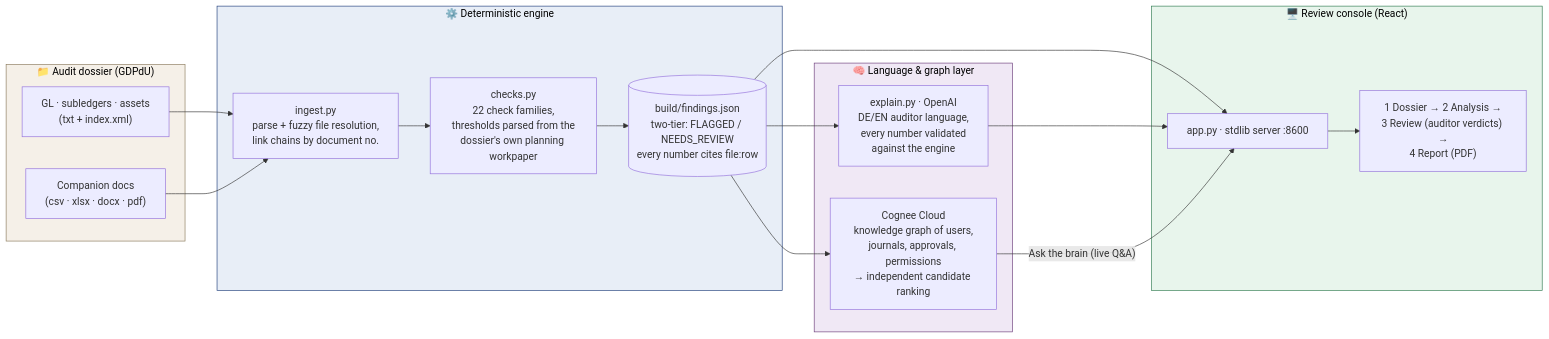
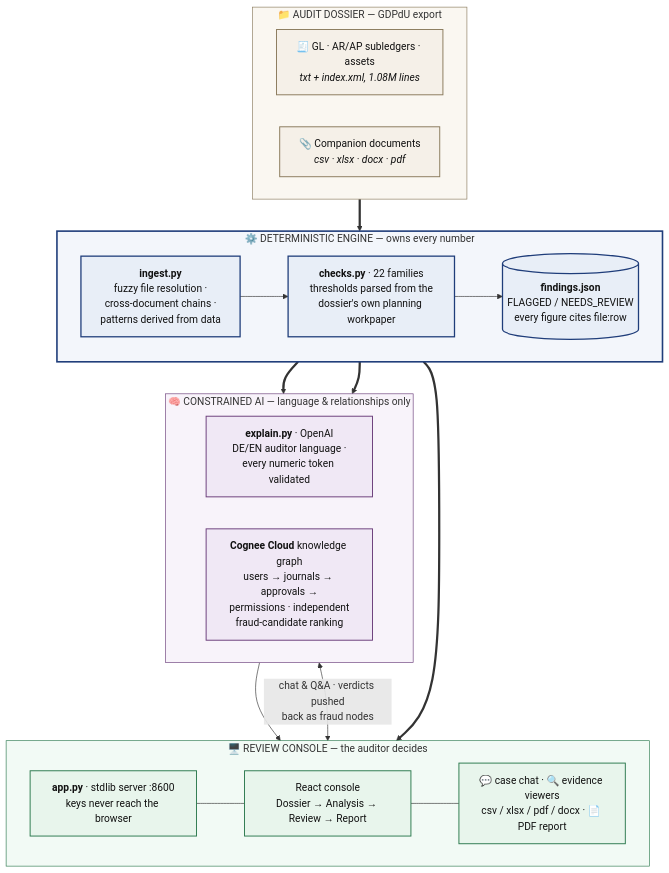
One commit to kaiser-data/fraudmind changed the diagram in README.md. Above: the diagram before and after it, drawn with Mermaid. The commit also changed other lines of this file and 7 other files, not shown here.

First line of the commit message:
feat: case chat, docx evidence viewer, Cognee raw-graph flow, README redesign

````diff
--- a/README.md
+++ b/README.md
@@ -68,39 +76,50 @@
 ```mermaid
-flowchart LR
-    subgraph dossier["📁 Audit dossier (GDPdU)"]
-        A1["GL · subledgers · assets<br/>(txt + index.xml)"]
-        A2["Companion docs<br/>(csv · xlsx · docx · pdf)"]
+flowchart TB
+    subgraph dossier["📁 AUDIT DOSSIER — GDPdU export"]
+        direction LR
+        A1["🧾 GL · AR/AP subledgers · assets<br/><i>txt + index.xml, 1.08M lines</i>"]
+        A2["📎 Companion documents<br/><i>csv · xlsx · docx · pdf</i>"]
     end
 
-    subgraph engine["⚙️ Deterministic engine"]
-        B["ingest.py<br/>parse + fuzzy file resolution,<br/>link chains by document no."]
-        C["checks.py<br/>22 check families,<br/>thresholds parsed from the<br/>dossier's own planning workpaper"]
-        D[("build/findings.json<br/>two-tier: FLAGGED / NEEDS_REVIEW<br/>every number cites file:row")]
+    subgraph engine["⚙️ DETERMINISTIC ENGINE — owns every number"]
+        direction LR
+        B["<b>ingest.py</b><br/>fuzzy file resolution ·<br/>cross-document chains ·<br/>patterns derived from data"]
+        C["<b>checks.py</b> · 22 families<br/>thresholds parsed from the<br/>dossier's own planning workpaper"]
+        D[("<b>findings.json</b><br/>FLAGGED / NEEDS_REVIEW<br/>every figure cites file:row")]
+        B --> C --> D
     end
 
-    subgraph ai["🧠 Language & graph layer"]
-        E["explain.py · OpenAI<br/>DE/EN auditor language,<br/>every number validated<br/>against the engine"]
-        F["Cognee Cloud<br/>knowledge graph of users,<br/>journals, approvals, permissions<br/>→ independent candidate ranking"]
+    subgraph ai["🧠 CONSTRAINED AI — language & relationships only"]
+        direction LR
+        E["<b>explain.py</b> · OpenAI<br/>DE/EN auditor language ·<br/>every numeric token validated"]
+        F["<b>Cognee Cloud</b> knowledge graph<br/>users → journals → approvals →<br/>permissions · independent<br/>fraud-candidate ranking"]
     end
 
-    subgraph ui["🖥️ Review console (React)"]
-        G["app.py · stdlib server :8600"]
-        H["1 Dossier → 2 Analysis →<br/>3 Review (auditor verdicts) →<br/>4 Report (PDF)"]
+    subgraph ui["🖥️ REVIEW CONSOLE — the auditor decides"]
+        direction LR
+        G["<b>app.py</b> · stdlib server :8600<br/>keys never reach the browser"]
+        H["React console<br/>Dossier → Analysis → Review → Report"]
+        I["💬 case chat · 🔍 evidence viewers<br/>csv / xlsx / pdf / docx · 📄 PDF report"]
+        G --- H --- I
     end
 
-    A1 --> B
-    A2 --> B
-    B --> C
-    C --> D
-    D --> E
-    D --> F
-    D --> G
+    dossier ==> engine
+    D ==> E
+    D ==> F
+    D ==> G
     E --> G
-    F -- "Ask the brain (live Q&A)" --> G
-    G --> H
+    F <-->|"chat & Q&A · verdicts pushed<br/>back as fraud nodes"| G
 
-    style dossier fill:#f5f0e8,stroke:#8a7a5c,color:#000
-    style engine fill:#e8eef7,stroke:#1f3d7a,color:#000
-    style ai fill:#f0e8f5,stroke:#6b3d7a,color:#000
-    style ui fill:#e8f5ec,stroke:#2d7a4f,color:#000
+    classDef d fill:#f5f0e8,stroke:#8a7a5c,color:#111,stroke-width:1.5px
+    classDef e fill:#e8eef7,stroke:#1f3d7a,color:#111,stroke-width:2px
+    classDef a fill:#f0e8f5,stroke:#6b3d7a,color:#111,stroke-width:1.5px
+    classDef u fill:#e8f5ec,stroke:#2d7a4f,color:#111,stroke-width:1.5px
+    class A1,A2 d
+    class B,C,D e
+    class E,F a
+    class G,H,I u
+    style dossier fill:#faf7f1,stroke:#8a7a5c
+    style engine fill:#f3f6fb,stroke:#1f3d7a,stroke-width:2.5px
+    style ai fill:#f8f3fa,stroke:#6b3d7a
+    style ui fill:#f2faf5,stroke:#2d7a4f
 ```
````
